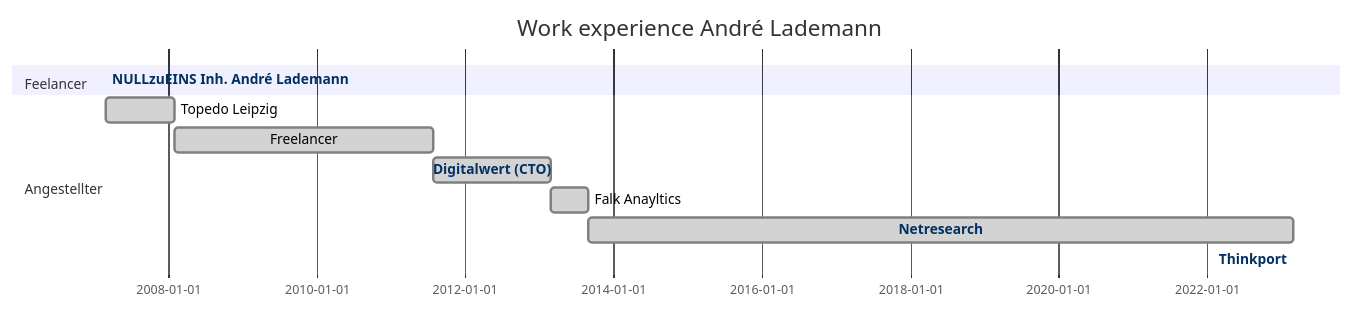
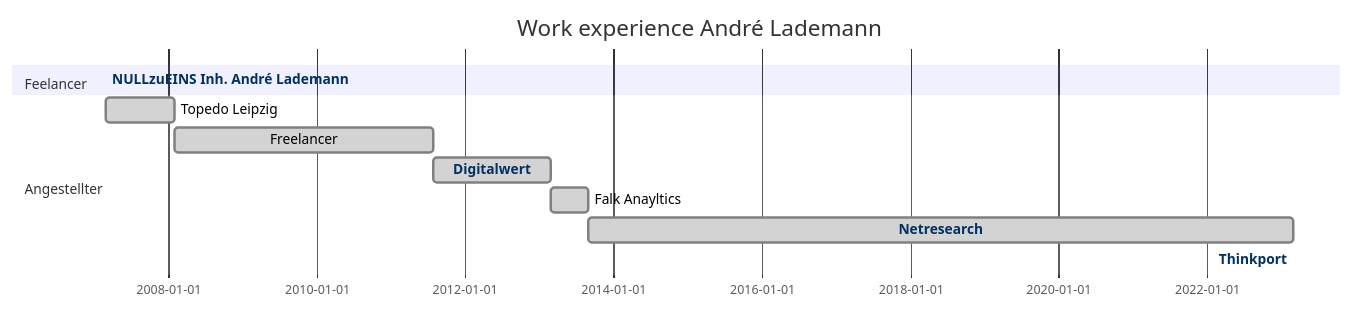
The diagram in README.md (vergissberlin/vergissberlin), drawn with Mermaid before and after one commit.

````diff
--- a/README.md
+++ b/README.md
@@ -98,22 +98,22 @@
 ```mermaid
 gantt
 	dateFormat YYYY-MM-DD
 	title      Work experience André Lademann
 
 	section Feelancer 
 		NULLzuEINS Inh. André Lademann  :active,  free1, 2007-03, today
 		click free1 href "https://nullzueins.com"
 	
 	section Angestellter
-		Topedo Leipzig    :done, emp1, 2007-03-01, 2008-02-01
-		Freelancer        :done, emp2, after emp1, 2011-08-01
-		Digitalwert (CTO) :done, emp3, after emp2, 2013-03-01
-		Falk Anayltics    :done, emp4, after emp3, 2013-09-01
-		Netresearch       :done, emp5, after emp4, 2023-02-28
-		Thinkport         :active, emp6, after emp5, 2023-03-01
+		Topedo Leipzig :done, emp1, 2007-03-01, 2008-02-01
+		Freelancer     :done, emp2, after emp1, 2011-08-01
+		Digitalwert    :done, emp3, after emp2, 2013-03-01
+		Falk Anayltics :done, emp4, after emp3, 2013-09-01
+		Netresearch    :done, emp5, after emp4, 2023-02-28
+		Thinkport      :active, emp6, after emp5, 2023-03-01
 	
 		click emp3 href "https://torpedo-motor.com"
 		click emp3 href "https://digitalwert.de"
 		click emp5 href "https://netresearch.de"
 		click emp6 href "https://thinkport.digital"
 ```
````
